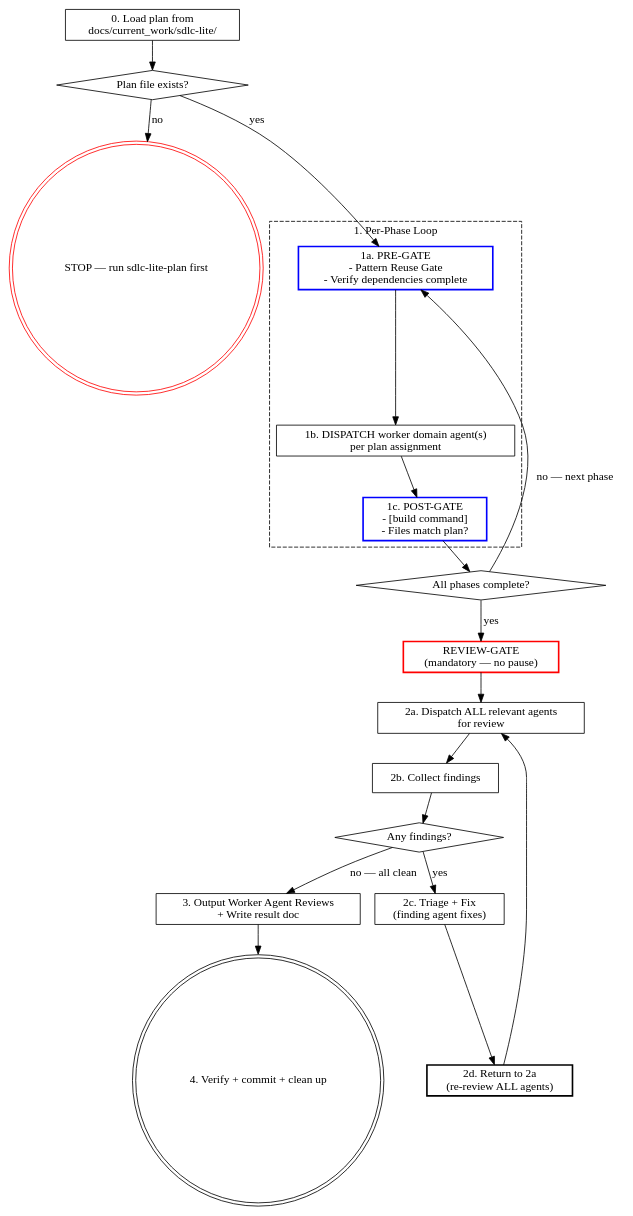
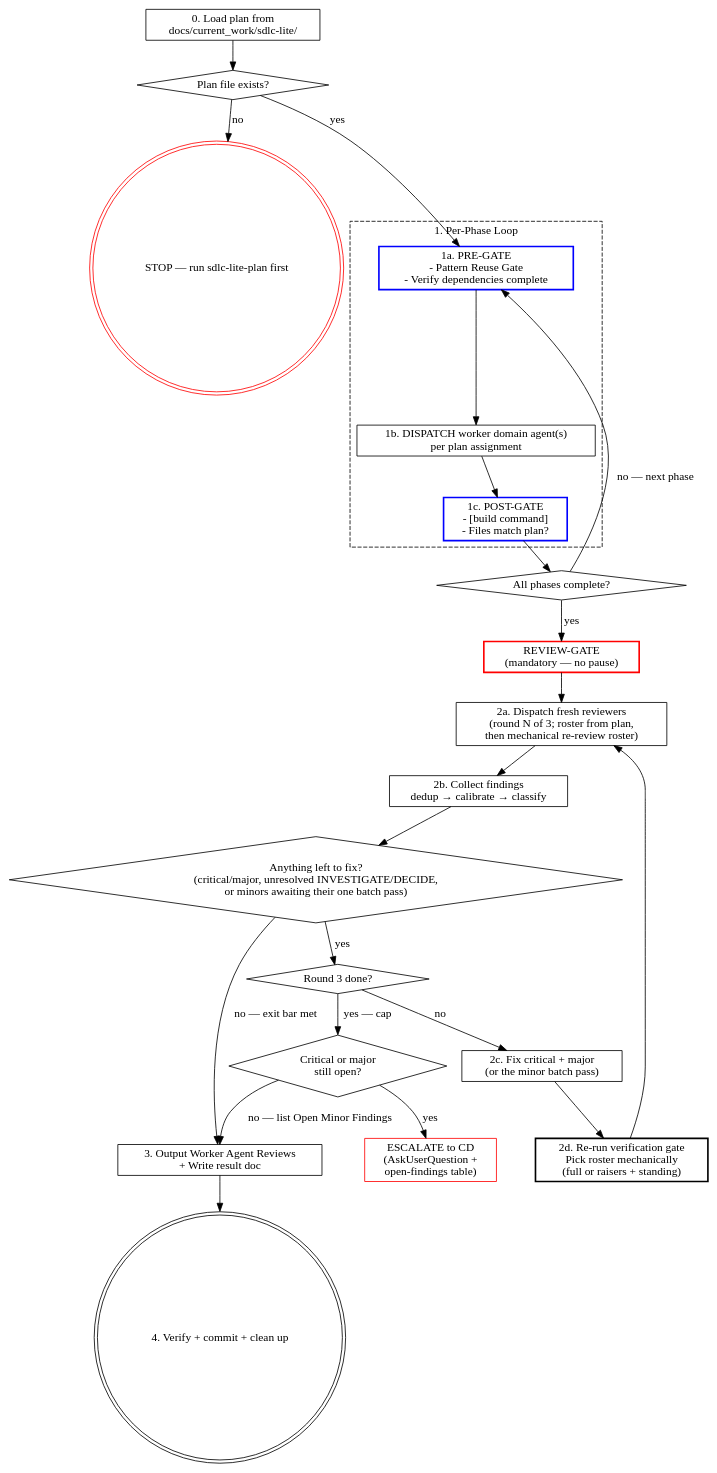
The diagram in skills/sdlc-lite-execute/SKILL.md (Inpacchi/cc-sdlc), drawn with Graphviz before and after one commit. The commit also changed other lines of this file and 30 other files, not shown here.

````diff
--- a/skills/sdlc-lite-execute/SKILL.md
+++ b/skills/sdlc-lite-execute/SKILL.md
@@ -22,45 +22,52 @@
 ```dot
 digraph sdlc_lite_execution {
     rankdir=TB;
 
     "0. Load plan from\ndocs/current_work/sdlc-lite/" [shape=box];
     "Plan file exists?" [shape=diamond];
     "STOP — run sdlc-lite-plan first" [shape=doublecircle, color=red];
 
     subgraph cluster_phase_loop {
         label="1. Per-Phase Loop";
         style=dashed;
 
         "1a. PRE-GATE\n- Pattern Reuse Gate\n- Verify dependencies complete" [shape=box, style=bold, color=blue];
         "1b. DISPATCH worker domain agent(s)\nper plan assignment" [shape=box];
         "1c. POST-GATE\n- [build command]\n- Files match plan?" [shape=box, style=bold, color=blue];
     }
 
     "All phases complete?" [shape=diamond];
-    "2a. Dispatch ALL relevant agents\nfor review" [shape=box];
-    "2b. Collect findings" [shape=box];
-    "Any findings?" [shape=diamond];
-    "2c. Triage + Fix\n(finding agent fixes)" [shape=box];
-    "2d. Return to 2a\n(re-review ALL agents)" [shape=box, style=bold];
+    "2a. Dispatch fresh reviewers\n(round N of 3; roster from plan,\nthen mechanical re-review roster)" [shape=box];
+    "2b. Collect findings\ndedup → calibrate → classify" [shape=box];
+    "Anything left to fix?\n(critical/major, unresolved INVESTIGATE/DECIDE,\nor minors awaiting their one batch pass)" [shape=diamond];
+    "Round 3 done?" [shape=diamond];
+    "Critical or major\nstill open?" [shape=diamond];
+    "ESCALATE to CD\n(AskUserQuestion +\nopen-findings table)" [shape=box, color=red];
+    "2c. Fix critical + major\n(or the minor batch pass)" [shape=box];
+    "2d. Re-run verification gate\nPick roster mechanically\n(full or raisers + standing)" [shape=box, style=bold];
     "3. Output Worker Agent Reviews\n+ Write result doc" [shape=box];
     "4. Verify + commit + clean up" [shape=doublecircle];
 
     "0. Load plan from\ndocs/current_work/sdlc-lite/" -> "Plan file exists?";
     "Plan file exists?" -> "STOP — run sdlc-lite-plan first" [label="no"];
     "Plan file exists?" -> "1a. PRE-GATE\n- Pattern Reuse Gate\n- Verify dependencies complete" [label="yes"];
     "1a. PRE-GATE\n- Pattern Reuse Gate\n- Verify dependencies complete" -> "1b. DISPATCH worker domain agent(s)\nper plan assignment";
     "1b. DISPATCH worker domain agent(s)\nper plan assignment" -> "1c. POST-GATE\n- [build command]\n- Files match plan?";
     "1c. POST-GATE\n- [build command]\n- Files match plan?" -> "All phases complete?";
     "All phases complete?" -> "1a. PRE-GATE\n- Pattern Reuse Gate\n- Verify dependencies complete" [label="no — next phase"];
     "All phases complete?" -> "REVIEW-GATE\n(mandatory — no pause)" [label="yes"];
     "REVIEW-GATE\n(mandatory — no pause)" [shape=box, style=bold, color=red];
-    "REVIEW-GATE\n(mandatory — no pause)" -> "2a. Dispatch ALL relevant agents\nfor review";
-    "2a. Dispatch ALL relevant agents\nfor review" -> "2b. Collect findings";
-    "2b. Collect findings" -> "Any findings?";
-    "Any findings?" -> "2c. Triage + Fix\n(finding agent fixes)" [label="yes"];
-    "2c. Triage + Fix\n(finding agent fixes)" -> "2d. Return to 2a\n(re-review ALL agents)";
-    "2d. Return to 2a\n(re-review ALL agents)" -> "2a. Dispatch ALL relevant agents\nfor review";
-    "Any findings?" -> "3. Output Worker Agent Reviews\n+ Write result doc" [label="no — all clean"];
+    "REVIEW-GATE\n(mandatory — no pause)" -> "2a. Dispatch fresh reviewers\n(round N of 3; roster from plan,\nthen mechanical re-review roster)";
+    "2a. Dispatch fresh reviewers\n(round N of 3; roster from plan,\nthen mechanical re-review roster)" -> "2b. Collect findings\ndedup → calibrate → classify";
+    "2b. Collect findings\ndedup → calibrate → classify" -> "Anything left to fix?\n(critical/major, unresolved INVESTIGATE/DECIDE,\nor minors awaiting their one batch pass)";
+    "Anything left to fix?\n(critical/major, unresolved INVESTIGATE/DECIDE,\nor minors awaiting their one batch pass)" -> "Round 3 done?" [label="yes"];
+    "Round 3 done?" -> "2c. Fix critical + major\n(or the minor batch pass)" [label="no"];
+    "2c. Fix critical + major\n(or the minor batch pass)" -> "2d. Re-run verification gate\nPick roster mechanically\n(full or raisers + standing)";
+    "2d. Re-run verification gate\nPick roster mechanically\n(full or raisers + standing)" -> "2a. Dispatch fresh reviewers\n(round N of 3; roster from plan,\nthen mechanical re-review roster)";
+    "Round 3 done?" -> "Critical or major\nstill open?" [label="yes — cap"];
+    "Critical or major\nstill open?" -> "ESCALATE to CD\n(AskUserQuestion +\nopen-findings table)" [label="yes"];
+    "Critical or major\nstill open?" -> "3. Output Worker Agent Reviews\n+ Write result doc" [label="no — list Open Minor Findings"];
+    "Anything left to fix?\n(critical/major, unresolved INVESTIGATE/DECIDE,\nor minors awaiting their one batch pass)" -> "3. Output Worker Agent Reviews\n+ Write result doc" [label="no — exit bar met"];
     "3. Output Worker Agent Reviews\n+ Write result doc" -> "4. Verify + commit + clean up";
 }
 ```
````
